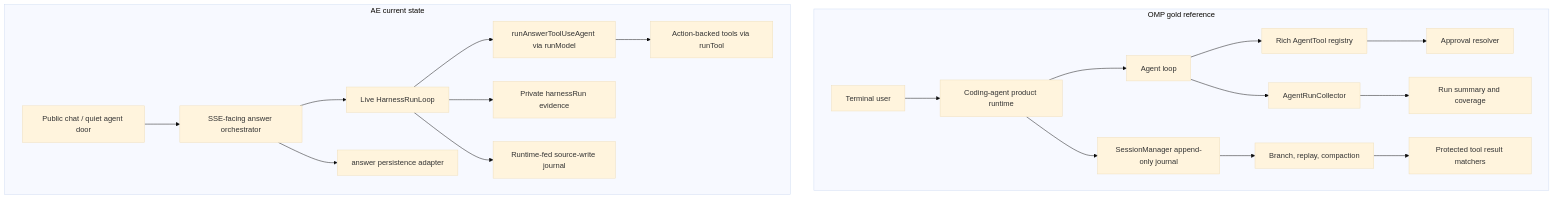
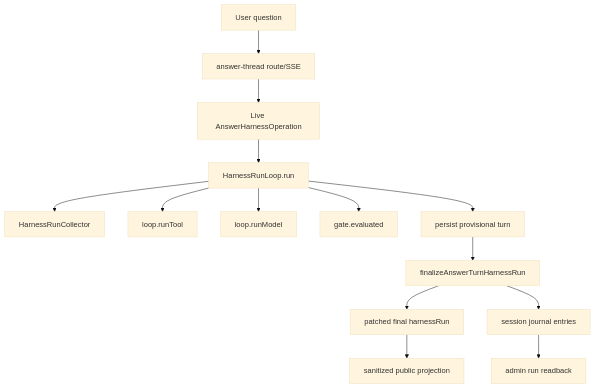
Before and after one commit to CreasyBear/Agentic-Economy: the diagram in .planning/AE-HARNESS-OMP-RE-AUDIT.md, drawn with Mermaid (base theme). The commit also changed other lines of this file and 76 other files, not shown here.

Commit message:
Close out OMP harness operational slice

````diff
--- a/.planning/AE-HARNESS-OMP-RE-AUDIT.md
+++ b/.planning/AE-HARNESS-OMP-RE-AUDIT.md
@@ -51,24 +58,16 @@
 ```mermaid
 flowchart TD
-  subgraph OMP["OMP gold reference"]
-    OUser["Terminal user"] --> ORuntime["Coding-agent product runtime"]
-    ORuntime --> OLoop["Agent loop"]
-    ORuntime --> OSession["SessionManager append-only journal"]
-    OLoop --> OTools["Rich AgentTool registry"]
-    OTools --> OApproval["Approval resolver"]
-    OLoop --> OCollector["AgentRunCollector"]
-    OCollector --> OSummary["Run summary and coverage"]
-    OSession --> OReplay["Branch, replay, compaction"]
-    OReplay --> OProtect["Protected tool result matchers"]
-  end
-
-  subgraph AE["AE current state"]
-    AUser["Public chat / quiet agent door"] --> AOrch["SSE-facing answer orchestrator"]
-    AOrch --> ALoop["Live HarnessRunLoop"]
-    ALoop --> AAgent["runAnswerToolUseAgent via runModel"]
-    AAgent --> AActions["Action-backed tools via runTool"]
-    ALoop --> AReport["Private harnessRun evidence"]
-    ALoop --> AJournal["Runtime-fed source-write journal"]
-    AOrch --> AFinalize["answer persistence adapter"]
-  end
+  User["User question"] --> Route["answer-thread route/SSE"]
+  Route --> Live["Live AnswerHarnessOperation"]
+  Live --> Loop["HarnessRunLoop.run"]
+  Loop --> Collector["HarnessRunCollector"]
+  Loop --> Tool["loop.runTool"]
+  Loop --> Model["loop.runModel"]
+  Loop --> Gate["gate.evaluated"]
+  Loop --> Persist["persist provisional turn"]
+  Persist --> Finalize["finalizeAnswerTurnHarnessRun"]
+  Finalize --> Evidence["patched final harnessRun"]
+  Finalize --> Journal["session journal entries"]
+  Journal --> Admin["admin run readback"]
+  Evidence --> Public["sanitized public projection"]
 ```
````
